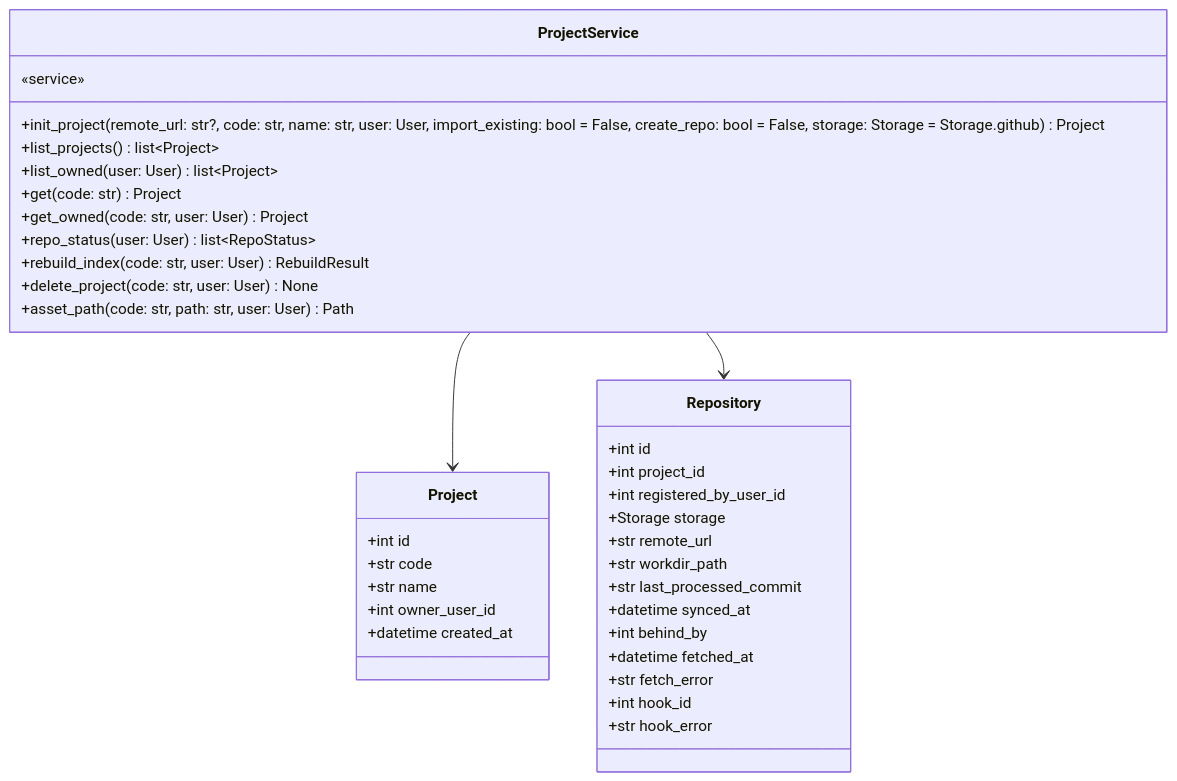
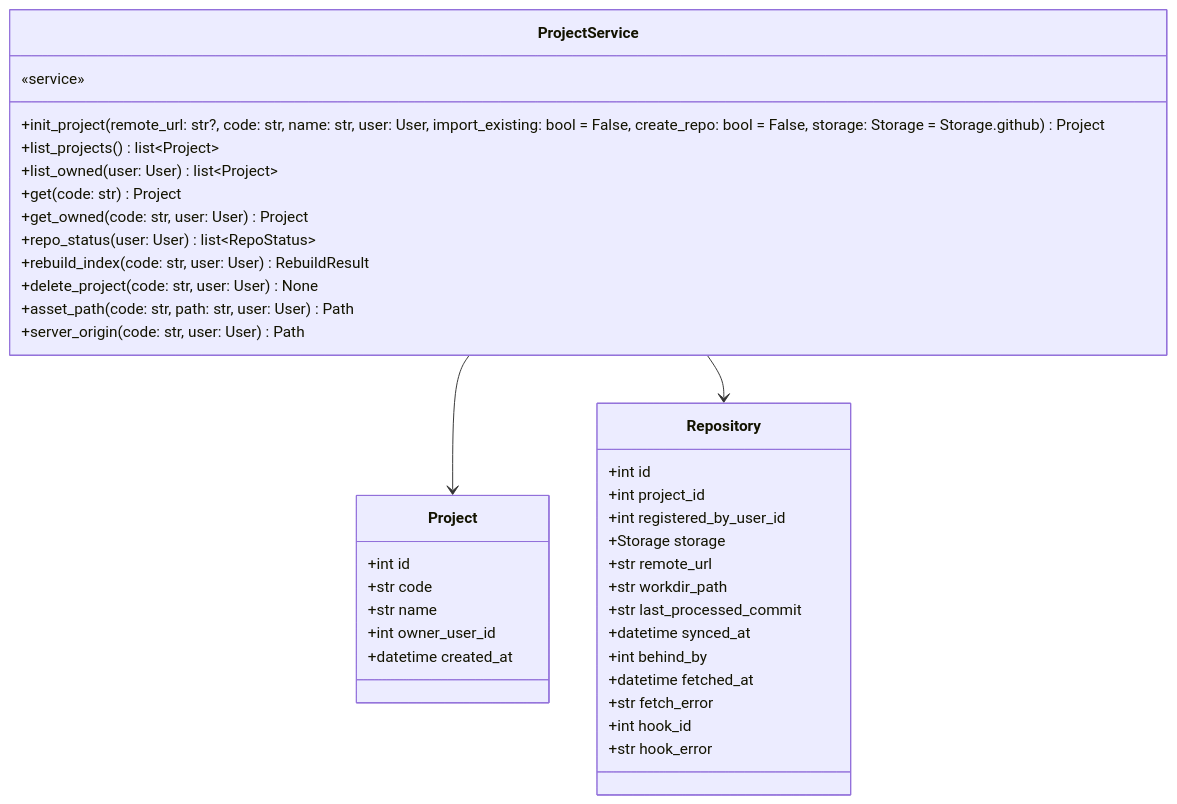
Before and after one commit to HoyoungParkme/syncdoc: diagram 17 of 22 in docs/specs/06-DOM/SYNC-DOM-002.md, drawn with Mermaid. The commit also changed other lines of this file, not shown here.

First line of the commit message:
spec(SYNC-DOM-002): git 입구·코드 올리기 — routers/git · server_origin · upload_code · http_backend

````diff
--- a/docs/specs/06-DOM/SYNC-DOM-002.md
+++ b/docs/specs/06-DOM/SYNC-DOM-002.md
@@ -677,39 +682,40 @@
 ```mermaid
 classDiagram
     class ProjectService {
         «service»
         +init_project(remote_url: str?, code: str, name: str, user: User, import_existing: bool = False, create_repo: bool = False, storage: Storage = Storage.github) Project
         +list_projects() list~Project~
         +list_owned(user: User) list~Project~
         +get(code: str) Project
         +get_owned(code: str, user: User) Project
         +repo_status(user: User) list~RepoStatus~
         +rebuild_index(code: str, user: User) RebuildResult
         +delete_project(code: str, user: User) None
         +asset_path(code: str, path: str, user: User) Path
+        +server_origin(code: str, user: User) Path
     }
     class Project {
         +int id
         +str code
         +str name
         +int owner_user_id
         +datetime created_at
     }
     class Repository {
         +int id
         +int project_id
         +int registered_by_user_id
         +Storage storage
         +str remote_url
         +str workdir_path
         +str last_processed_commit
         +datetime synced_at
         +int behind_by
         +datetime fetched_at
         +str fetch_error
         +int hook_id
         +str hook_error
     }
     ProjectService --> Project
     ProjectService --> Repository
 ```
````
